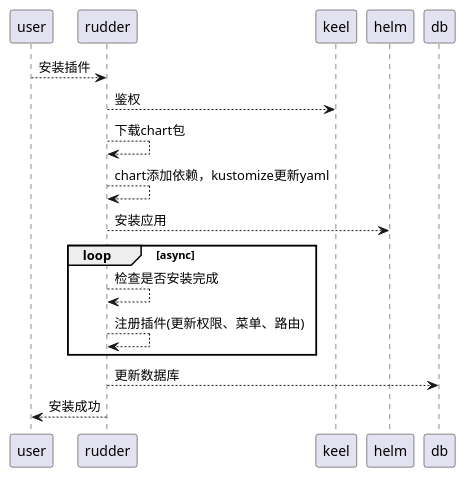
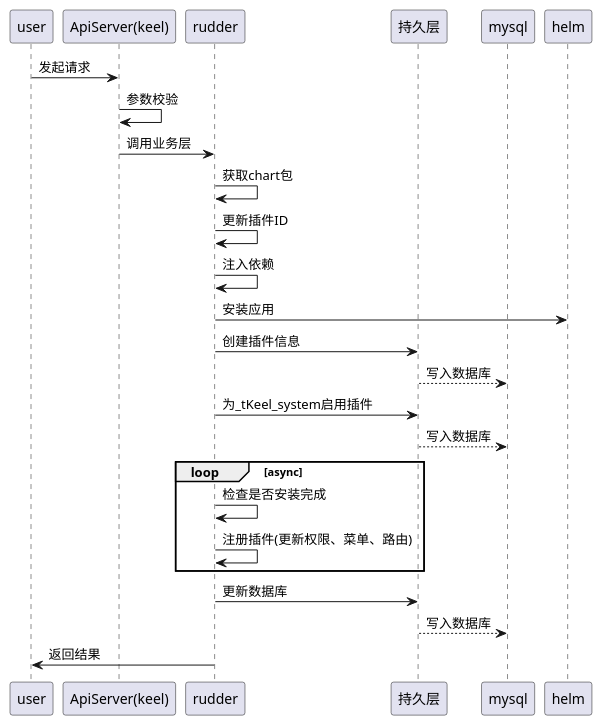
Before and after one commit to tkeel-io/docs: the second of 5 diagrams in docs/api/appendix/plantuml/plugin-manager-admin.md, drawn with PlantUML. The commit also changed other lines of this file and 2 other files, not shown here.

Commit message:
feat: update plugin manager uml & fluxswicth manager

````diff
--- a/docs/api/appendix/plantuml/plugin-manager-admin.md
+++ b/docs/api/appendix/plantuml/plugin-manager-admin.md
@@ -30,16 +37,29 @@
 ```plantuml
 @startuml
-user --> rudder : 安装插件
-rudder --> keel : 鉴权
-rudder --> rudder : 下载chart包
-rudder --> rudder : chart添加依赖，kustomize更新yaml
-rudder --> helm : 安装应用
+participant "user" as user
+participant "ApiServer(keel)" as keel
+participant "rudder" as rudder
+participant "持久层" as dblayer
+participant "mysql" as mysql
+
+user -> keel : 发起请求
+keel -> keel : 参数校验 
+keel -> rudder : 调用业务层
+rudder -> rudder : 获取chart包
+rudder -> rudder : 更新插件ID
+rudder -> rudder : 注入依赖
+rudder -> helm : 安装应用
+rudder -> dblayer : 创建插件信息
+dblayer --> mysql : 写入数据库
+rudder -> dblayer : 为_tKeel_system启用插件
+dblayer --> mysql : 写入数据库
 loop async
-    rudder --> rudder : 检查是否安装完成
-    rudder --> rudder : 注册插件(更新权限、菜单、路由)
+    rudder -> rudder : 检查是否安装完成
+    rudder -> rudder : 注册插件(更新权限、菜单、路由)
 end
-rudder --> db : 更新数据库
-rudder --> user : 安装成功
+rudder -> dblayer : 更新数据库
+dblayer --> mysql : 写入数据库
+rudder -> user : 返回结果
 
 @enduml
 ```
````
